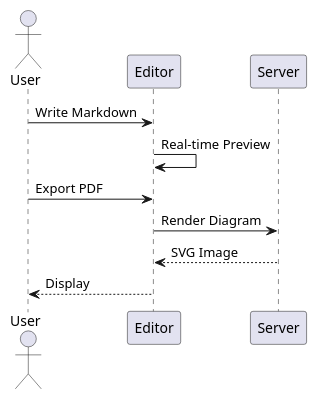
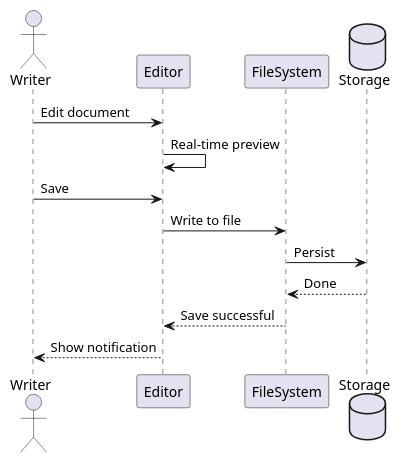
One commit to kiyotaka-ueda/anytime-markdown changed the second of 2 diagrams in packages/editor-core/src/constants/templates/markdownAll-en.md. Above: the diagram before and after it, drawn with PlantUML. The commit also changed other lines of this file and 3 other files, not shown here.

First line of the commit message:
feat(editor-core): Welcome テンプレート改善・Markdown All テンプレート刷新

````diff
--- a/packages/editor-core/src/constants/templates/markdownAll-en.md
+++ b/packages/editor-core/src/constants/templates/markdownAll-en.md
@@ -116,12 +164,15 @@
 ```plantuml
-actor User
+actor Writer
 participant Editor
-participant Server
+participant FileSystem
+database Storage
 
-User -> Editor: Write Markdown
-Editor -> Editor: Real-time Preview
-User -> Editor: Export PDF
-Editor -> Server: Render Diagram
-Server --> Editor: SVG Image
-Editor --> User: Display
+Writer -> Editor: Edit document
+Editor -> Editor: Real-time preview
+Writer -> Editor: Save
+Editor -> FileSystem: Write to file
+FileSystem -> Storage: Persist
+Storage --> FileSystem: Done
+FileSystem --> Editor: Save successful
+Editor --> Writer: Show notification
 ```
````
